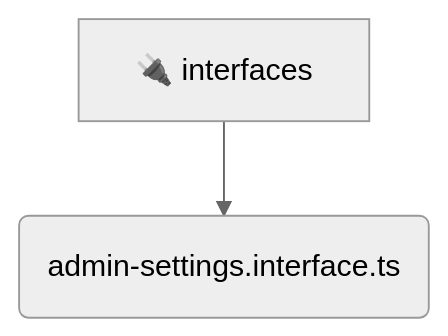
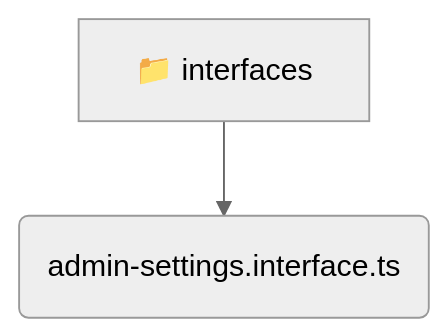
One commit to beginwebdev2002/fullstack-mavluda changed the diagram in backend/src/modules/admin-settings/domain/interfaces/README.md. Above: the diagram before and after it, drawn with Mermaid (neutral theme). The commit also changed other lines of this file and 155 other files, not shown here.

````diff
--- a/backend/src/modules/admin-settings/domain/interfaces/README.md
+++ b/backend/src/modules/admin-settings/domain/interfaces/README.md
@@ -9,5 +9,5 @@
 ```mermaid
 graph TD
-  interfaces[🔌 interfaces]
-  interfaces --> admin_settings_interface_ts(admin-settings.interface.ts)
+  interfaces[📁 interfaces]
+  interfaces --> interfaces_admin_settings_interface_ts(admin-settings.interface.ts)
 ```
````
